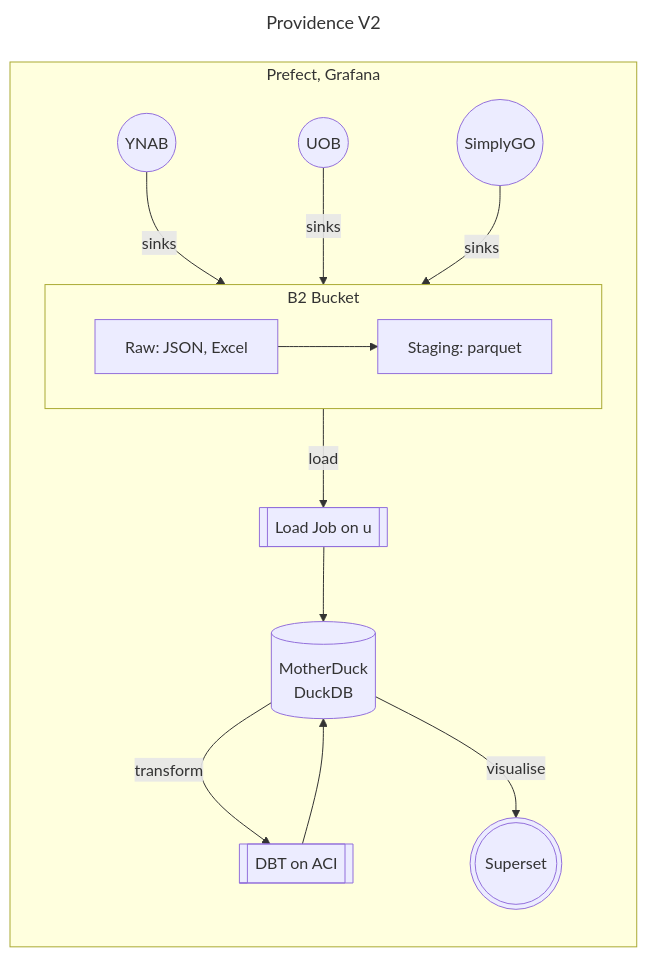
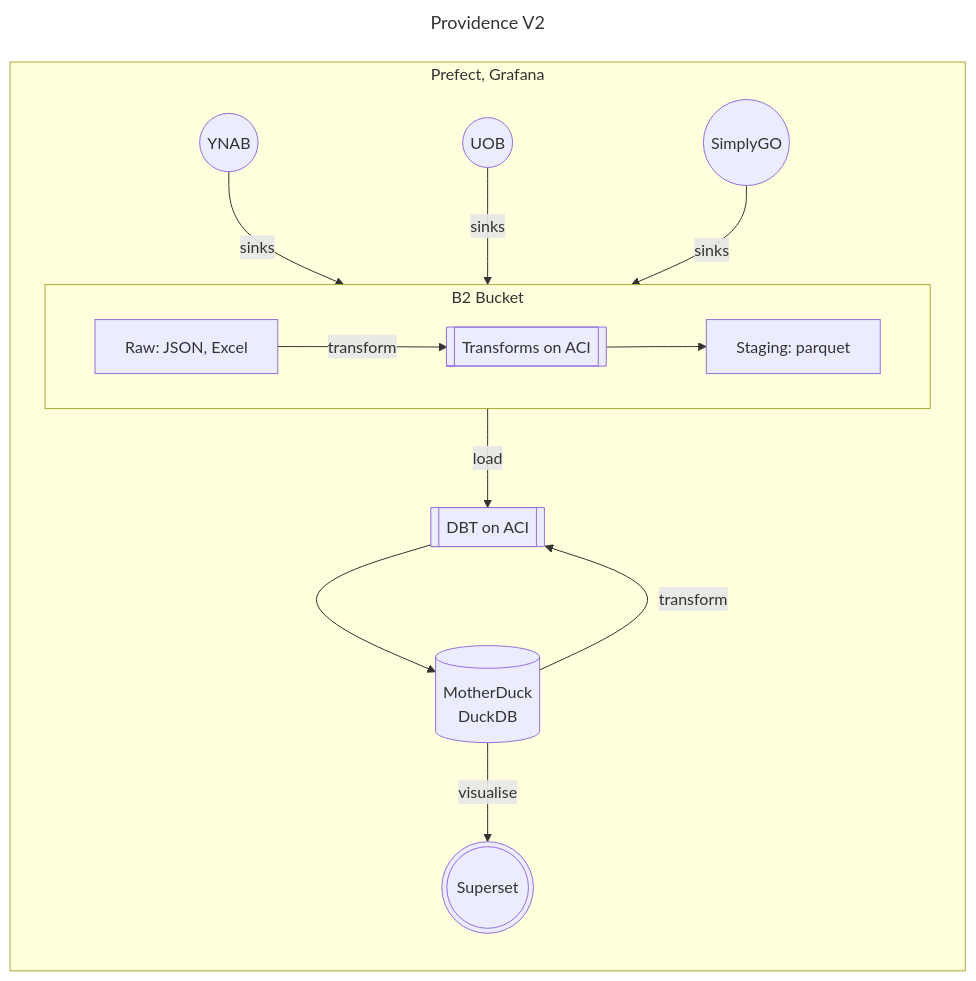
The first of 2 diagrams in README.md (mrzzy/providence), drawn with Mermaid before and after one commit.

Commit message:
docs(readme): fix typo in architecture diagram

````diff
--- a/README.md
+++ b/README.md
@@ -23,18 +23,18 @@
 ```mermaid
 ---
 title: Providence V2
 ---
 
 flowchart LR
     subgraph p[Prefect, Grafana]
       direction TB
       ynab((YNAB)) &  uob((UOB)) & simplygo((SimplyGO)) -->|sinks| b2
       subgraph b2[B2 Bucket]
           direction LR
-          raw[Raw: JSON, Excel] --> staging[Staging: parquet]
+          raw[Raw: JSON, Excel] -->|transform| tfms[[Transforms on ACI]] --> staging[Staging: parquet]
       end
-      staging -->|load| compute[[Load Job on u]] --> dw[(MotherDuck\n DuckDB)]
-      dw -->|transform| dbt[[DBT on ACI]] --> dw
+      staging -->|load| dbt[[DBT on ACI]] --> dw[(MotherDuck\n DuckDB)]
+      dw -->|transform| dbt
       dw -->|visualise| viz(((Superset)))
    end
 ```
````
